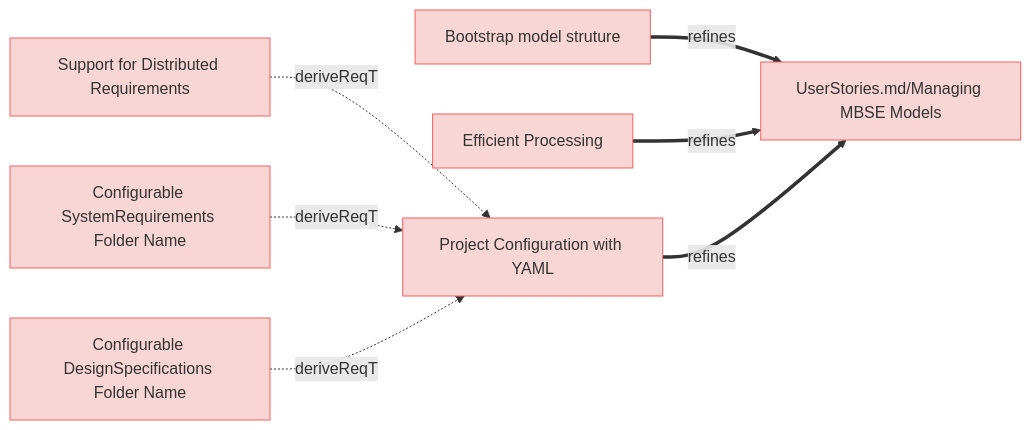
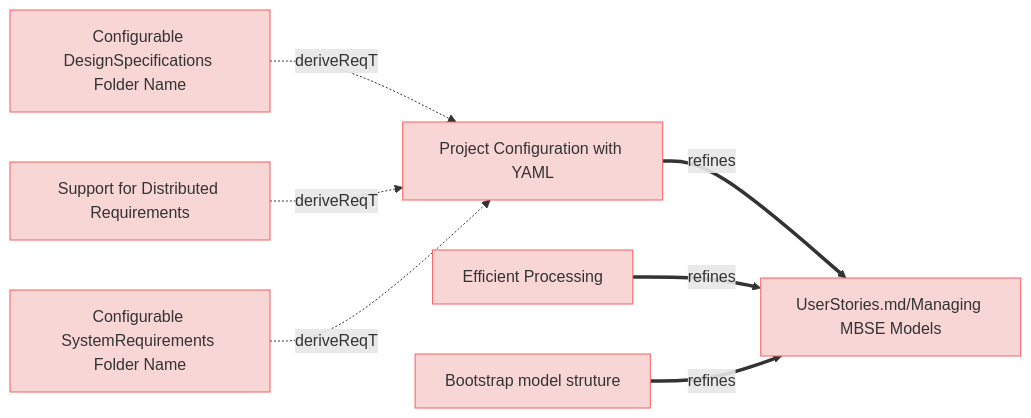
One commit to reqvire-org/reqvire changed the first of 2 diagrams in specifications/UserRequirements.md. Above: the diagram before and after it, drawn with Mermaid. The commit also changed other lines of this file and 19 other files, not shown here.

````diff
--- a/specifications/UserRequirements.md
+++ b/specifications/UserRequirements.md
@@ -4,36 +4,36 @@
 ```mermaid
 graph LR;
   %% Graph styling
   classDef requirement fill:#f9d6d6,stroke:#f55f5f,stroke-width:1px;
   classDef verification fill:#d6f9d6,stroke:#5fd75f,stroke-width:1px;
   classDef externalLink fill:#d0e0ff,stroke:#3080ff,stroke-width:1px;
   classDef default fill:#f5f5f5,stroke:#333333,stroke-width:1px;
 
-  fc49f77257["Support for Distributed Requirements"];
-  click fc49f77257 "UserRequirements.md#support-for-distributed-requirements";
-  class fc49f77257 requirement;
+  3745496893["Configurable DesignSpecifications Folder Name"];
+  click 3745496893 "UserRequirements.md#configurable-designspecifications-folder-name";
+  class 3745496893 requirement;
   7430e12113["Project Configuration with YAML"];
   class 7430e12113 requirement;
   click 7430e12113 "UserRequirements.md#project-configuration-with-yaml";
-  fc49f77257 -.->|deriveReqT| 7430e12113;
-  a2398f7051["Bootstrap model struture"];
-  click a2398f7051 "UserRequirements.md#bootstrap-model-struture";
-  class a2398f7051 requirement;
+  3745496893 -.->|deriveReqT| 7430e12113;
   852dea6cfe["UserStories.md/Managing MBSE Models"];
   class 852dea6cfe requirement;
   click 852dea6cfe "UserStories.md#managing-mbse-models";
-  a2398f7051 ==>|refines| 852dea6cfe;
+  7430e12113 ==>|refines| 852dea6cfe;
   f07cf1cbfa["Efficient Processing"];
   click f07cf1cbfa "UserRequirements.md#efficient-processing";
   class f07cf1cbfa requirement;
   f07cf1cbfa ==>|refines| 852dea6cfe;
+  a2398f7051["Bootstrap model struture"];
+  click a2398f7051 "UserRequirements.md#bootstrap-model-struture";
+  class a2398f7051 requirement;
+  a2398f7051 ==>|refines| 852dea6cfe;
+  fc49f77257["Support for Distributed Requirements"];
+  click fc49f77257 "UserRequirements.md#support-for-distributed-requirements";
+  class fc49f77257 requirement;
+  fc49f77257 -.->|deriveReqT| 7430e12113;
   438060bb46["Configurable SystemRequirements Folder Name"];
   click 438060bb46 "UserRequirements.md#configurable-systemrequirements-folder-name";
   class 438060bb46 requirement;
   438060bb46 -.->|deriveReqT| 7430e12113;
-  7430e12113 ==>|refines| 852dea6cfe;
-  3745496893["Configurable DesignSpecifications Folder Name"];
-  click 3745496893 "UserRequirements.md#configurable-designspecifications-folder-name";
-  class 3745496893 requirement;
-  3745496893 -.->|deriveReqT| 7430e12113;
 ```
````
